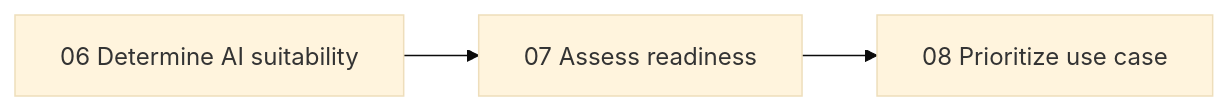
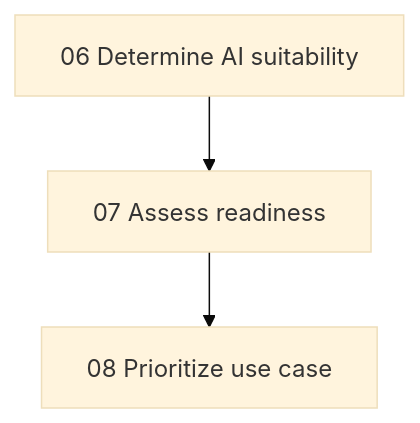
The third of 12 diagrams in README.md (danvzla/ai-architecture-to-production), drawn with Mermaid (base theme) before and after one commit. The commit also changed other lines of this file, not shown here.

````diff
--- a/README.md
+++ b/README.md
@@ -80,5 +87,5 @@
 ```mermaid
-flowchart LR
+flowchart TD
     S6["06 Determine AI suitability"] --> S7["07 Assess readiness"]
     S7 --> S8["08 Prioritize use case"]
 ```
````
